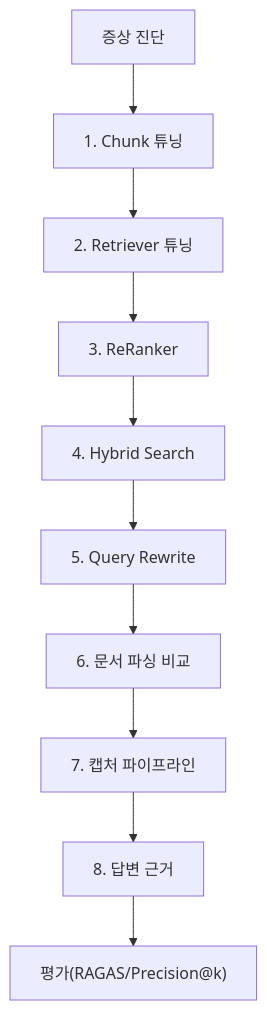
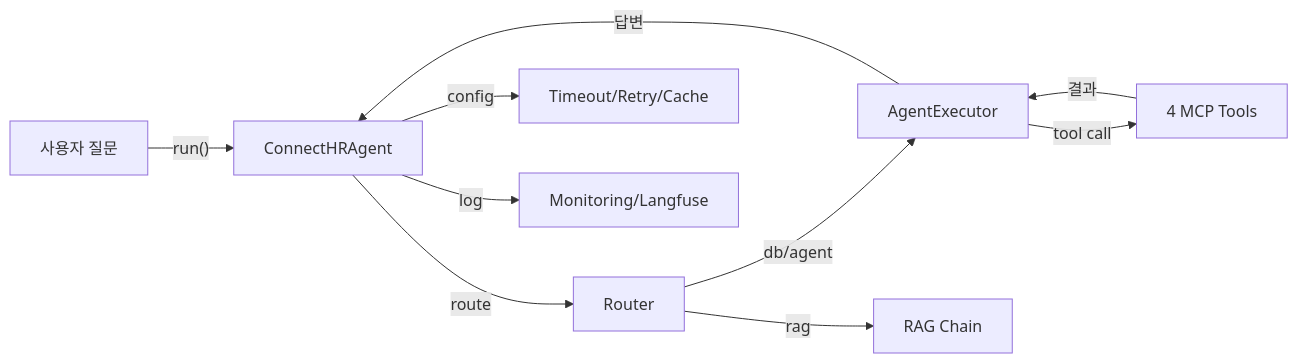
The diagram in projects/사내AI비서_v2/code/v0.7/README.md (coderyu5523/book-workflow), drawn with Mermaid before and after one commit. The commit also changed other lines of this file and 186 other files, not shown here.

````diff
--- a/projects/사내AI비서_v2/code/v0.7/README.md
+++ b/projects/사내AI비서_v2/code/v0.7/README.md
@@ -193,12 +135,12 @@
 ```mermaid
-flowchart TD
-    A["증상 진단"] --> B["1. Chunk 튜닝"]
-    B --> C["2. Retriever 튜닝"]
-    C --> D["3. ReRanker"]
-    D --> E["4. Hybrid Search"]
-    E --> F["5. Query Rewrite"]
-    F --> G["6. 문서 파싱 비교"]
-    G --> H["7. 캡처 파이프라인"]
-    H --> I["8. 답변 근거"]
-    I --> J["평가(RAGAS/Precision@k)"]
+flowchart LR
+    A["사용자 질문"] -- "run()" --> B["ConnectHRAgent"]
+    B -- "route" --> C["Router"]
+    C -- "db/agent" --> D["AgentExecutor"]
+    C -- "rag" --> E["RAG Chain"]
+    D -- "tool call" --> F["4 MCP Tools"]
+    F -- "결과" --> D
+    D -- "답변" --> B
+    B -- "config" --> G["Timeout/Retry/Cache"]
+    B -- "log" --> H["Monitoring/Langfuse"]
 ```
````
